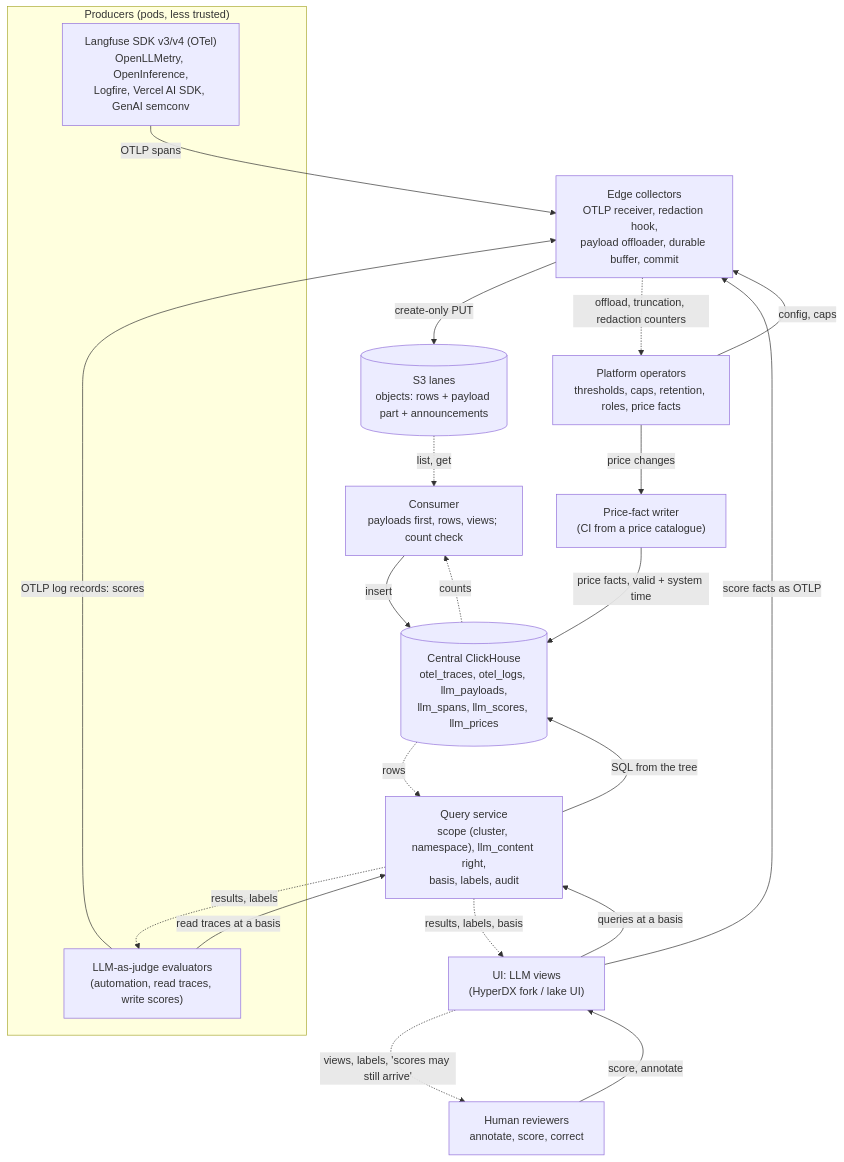
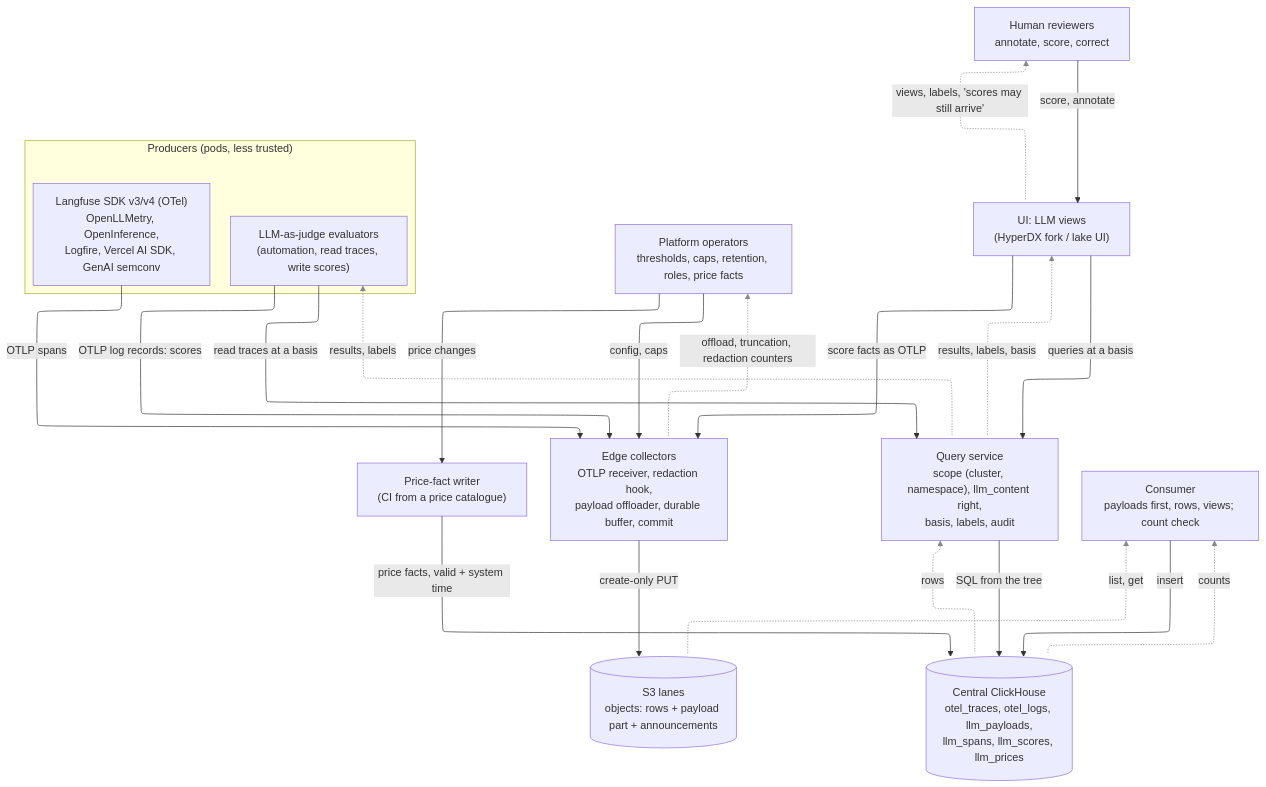
The diagram in otel-chdb/research/langfuse.md (casselc/observability), drawn with Mermaid before and after one commit. The commit also changed 16 other files, not shown here.

First line of the commit message:
otel-chdb: STPA diagrams in Mermaid, STPA Handbook layout

````diff
--- a/otel-chdb/research/langfuse.md
+++ b/otel-chdb/research/langfuse.md
@@ -137,35 +137,41 @@
 ```mermaid
+---
+config:
+  layout: elk
+---
 flowchart TB
+  hum["Human reviewers<br/>annotate, score, correct"]
+  ops["Platform operators<br/>thresholds, caps, retention, roles, price facts"]
   subgraph producers["Producers (pods, less trusted)"]
     sdk["Langfuse SDK v3/v4 (OTel)<br/>OpenLLMetry, OpenInference,<br/>Logfire, Vercel AI SDK, GenAI semconv"]
     ev["LLM-as-judge evaluators<br/>(automation, read traces, write scores)"]
   end
-  hum["Human reviewers<br/>annotate, score, correct"]
-  ops["Platform operators<br/>thresholds, caps, retention, roles, price facts"]
-  edge["Edge collectors<br/>OTLP receiver, redaction hook,<br/>payload offloader, durable buffer, commit"]
-  s3[("S3 lanes<br/>objects: rows + payload part + announcements")]
-  con["Consumer<br/>payloads first, rows, views; count check"]
-  ch[("Central ClickHouse<br/>otel_traces, otel_logs, llm_payloads,<br/>llm_spans, llm_scores, llm_prices")]
-  qs["Query service<br/>scope (cluster, namespace), llm_content right,<br/>basis, labels, audit"]
   ui["UI: LLM views<br/>(HyperDX fork / lake UI)"]
   pw["Price-fact writer<br/>(CI from a price catalogue)"]
+  edge["Edge collectors<br/>OTLP receiver, redaction hook,<br/>payload offloader, durable buffer, commit"]
+  qs["Query service<br/>scope (cluster, namespace), llm_content right,<br/>basis, labels, audit"]
+  con["Consumer<br/>payloads first, rows, views; count check"]
+  s3[("S3 lanes<br/>objects: rows + payload part + announcements")]
+  ch[("Central ClickHouse<br/>otel_traces, otel_logs, llm_payloads,<br/>llm_spans, llm_scores, llm_prices")]
+  hum -->|score, annotate| ui
+  hum fb1@<-.->|views, labels, 'scores may still arrive'| ui
+  ops -->|config, caps| edge
+  ops fb2@<-.->|offload, truncation, redaction counters| edge
+  ops -->|price changes| pw
   sdk -->|OTLP spans| edge
   ev -->|OTLP log records: scores| edge
-  hum -->|score, annotate| ui
+  ev -->|read traces at a basis| qs
+  ev fb3@<-.->|results, labels| qs
   ui -->|score facts as OTLP| edge
-  ops -->|config, caps| edge
-  ops -->|price changes| pw
+  ui -->|queries at a basis| qs
+  ui fb4@<-.->|results, labels, basis| qs
   pw -->|price facts, valid + system time| ch
   edge -->|create-only PUT| s3
-  s3 -.->|list, get| con
+  con fb5@<-.->|list, get| s3
   con -->|insert| ch
-  ch -.->|counts| con
-  ui -->|queries at a basis| qs
-  ev -->|read traces at a basis| qs
+  con fb6@<-.->|counts| ch
   qs -->|SQL from the tree| ch
-  ch -.->|rows| qs
-  qs -.->|results, labels, basis| ui
-  qs -.->|results, labels| ev
-  ui -.->|views, labels, 'scores may still arrive'| hum
-  edge -.->|offload, truncation, redaction counters| ops
+  qs fb7@<-.->|rows| ch
+  classDef fb stroke:#888,marker-end:none
+  class fb1,fb2,fb3,fb4,fb5,fb6,fb7 fb
 ```
````
